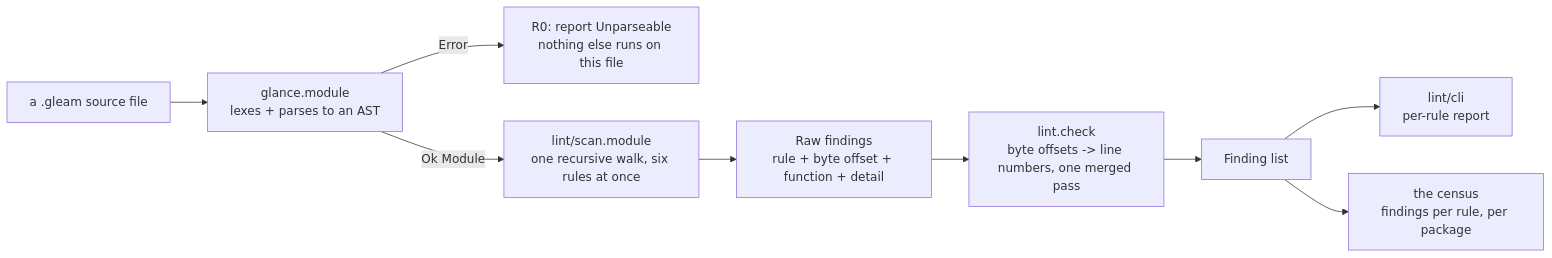
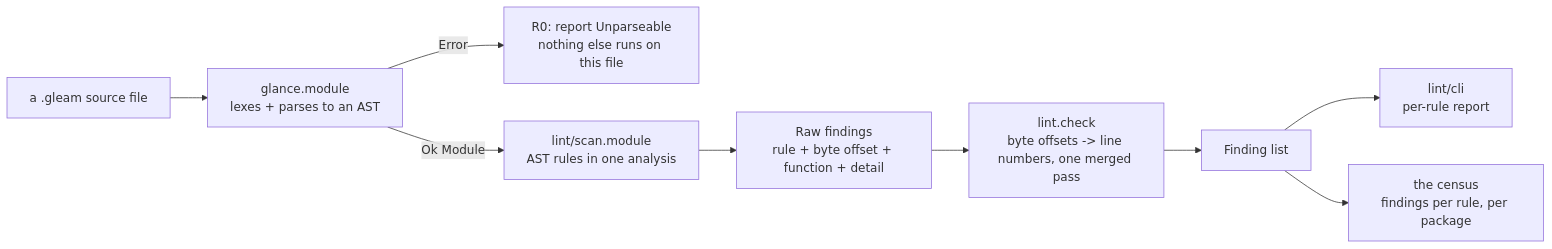
One commit to Roasbeef/loom changed the first of 3 diagrams in packages/lint/README.md. Above: the diagram before and after it, drawn with Mermaid. The commit also changed other lines of this file and 6 other files, not shown here.

````diff
--- a/packages/lint/README.md
+++ b/packages/lint/README.md
@@ -47,21 +47,21 @@
 ```mermaid
 flowchart LR
     SRC["a .gleam source file"]
     PARSE["glance.module<br/>lexes + parses to an AST"]
     UNPARSED["R0: report Unparseable<br/>nothing else runs on this file"]
-    WALK["lint/scan.module<br/>one recursive walk, six rules at once"]
+    WALK["lint/scan.module<br/>AST rules in one analysis"]
     RAW["Raw findings<br/>rule + byte offset + function + detail"]
     LINES["lint.check<br/>byte offsets -> line numbers, one merged pass"]
     FINDINGS["Finding list"]
     PRINT["lint/cli<br/>per-rule report"]
     CENSUS["the census<br/>findings per rule, per package"]
 
     SRC --> PARSE
     PARSE -->|Error| UNPARSED
     PARSE -->|Ok Module| WALK
     WALK --> RAW
     RAW --> LINES
     LINES --> FINDINGS
     FINDINGS --> PRINT
     FINDINGS --> CENSUS
 ```
````
